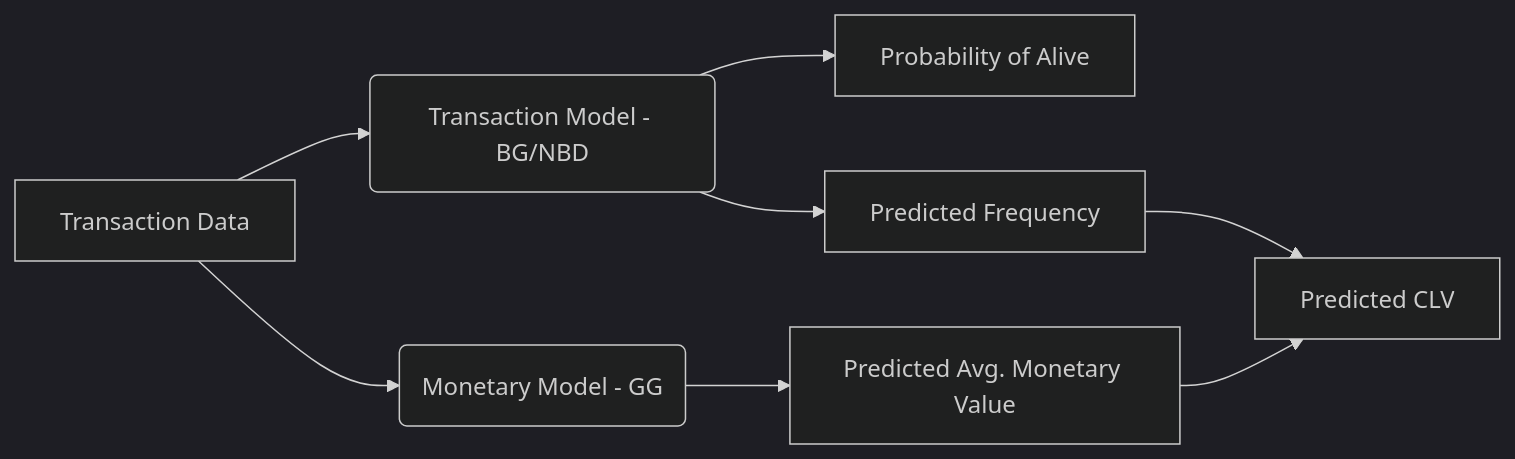
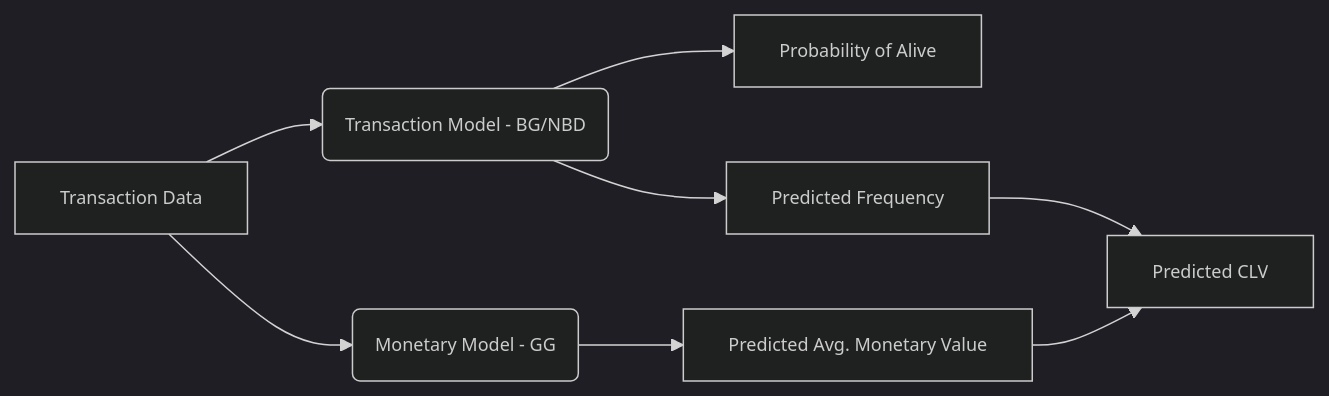
The diagram in Presentations/berlin_bayesians_clv/berlin_bayesians_btyd.qmd (juanitorduz/website_projects), drawn with Mermaid before and after one commit. The commit also changed other lines of this file and 5 other files, not shown here.

````diff
--- a/Presentations/berlin_bayesians_clv/berlin_bayesians_btyd.qmd
+++ b/Presentations/berlin_bayesians_clv/berlin_bayesians_btyd.qmd
@@ -57,13 +58,14 @@
 ```{mermaid}
-%%{init: {"theme": "dark" } }%%
-%%| fig-width: 10
+%%| fig-width: 1000px
+%%{init: {"theme": "dark", "themeVariables": {"fontSize": "12px"}, "flowchart":{"htmlLabels":false}}}%%
+
 
 flowchart LR
-  A[Transaction Data] --> B(Transaction Model - BG/NBD)
-  A --> C(Monetary Model - GG)
-  B --> D[Probability of Alive]
-  B --> E[Predicted Frequency]
-  C --> F[Predicted Avg. Monetary Value]
-  E --> G[Predicted CLV]
-  F --> G[Predicted CLV]
+  A["Transaction Data"] --> B("Transaction Model - BG/NBD")
+  A --> C("Monetary Model - GG")
+  B --> D["Probability of Alive"]
+  B --> E["Predicted Frequency"]
+  C --> F["Predicted Avg. Monetary Value"]
+  E --> G["Predicted CLV"]
+  F --> G
 ```
````
